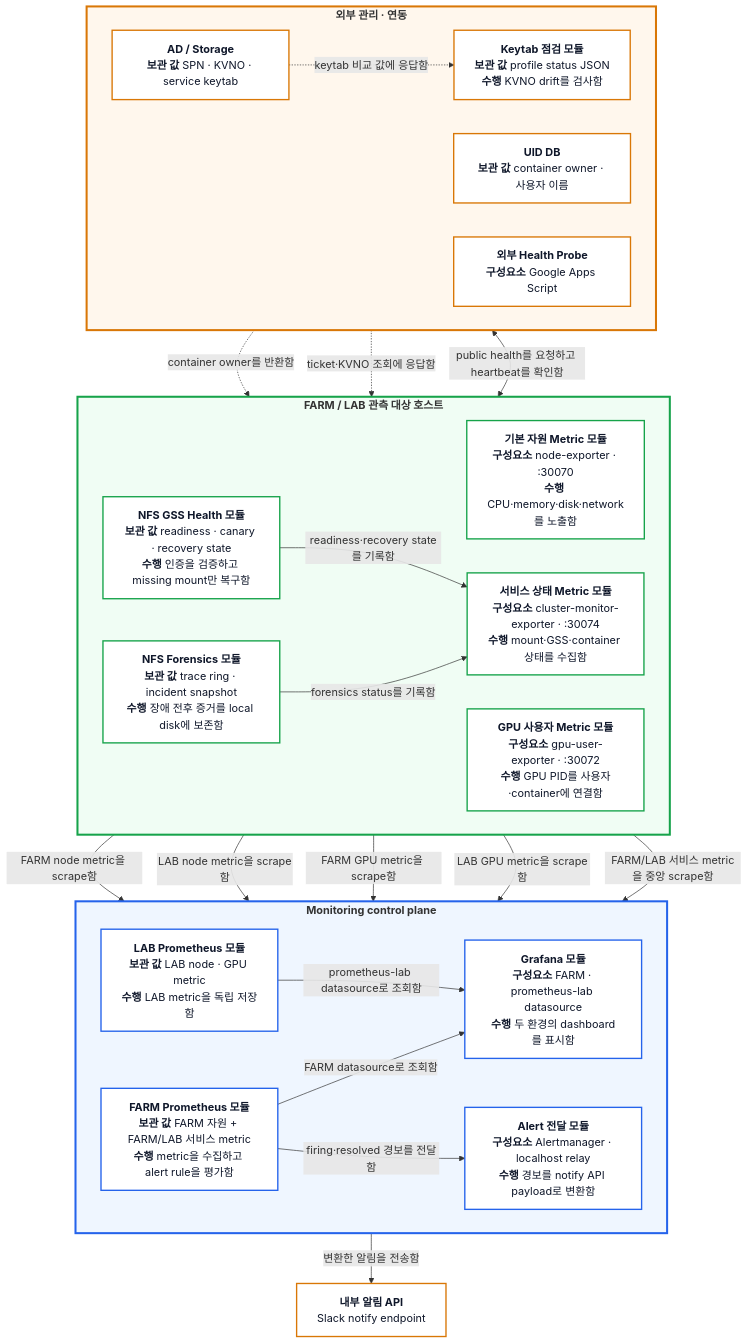
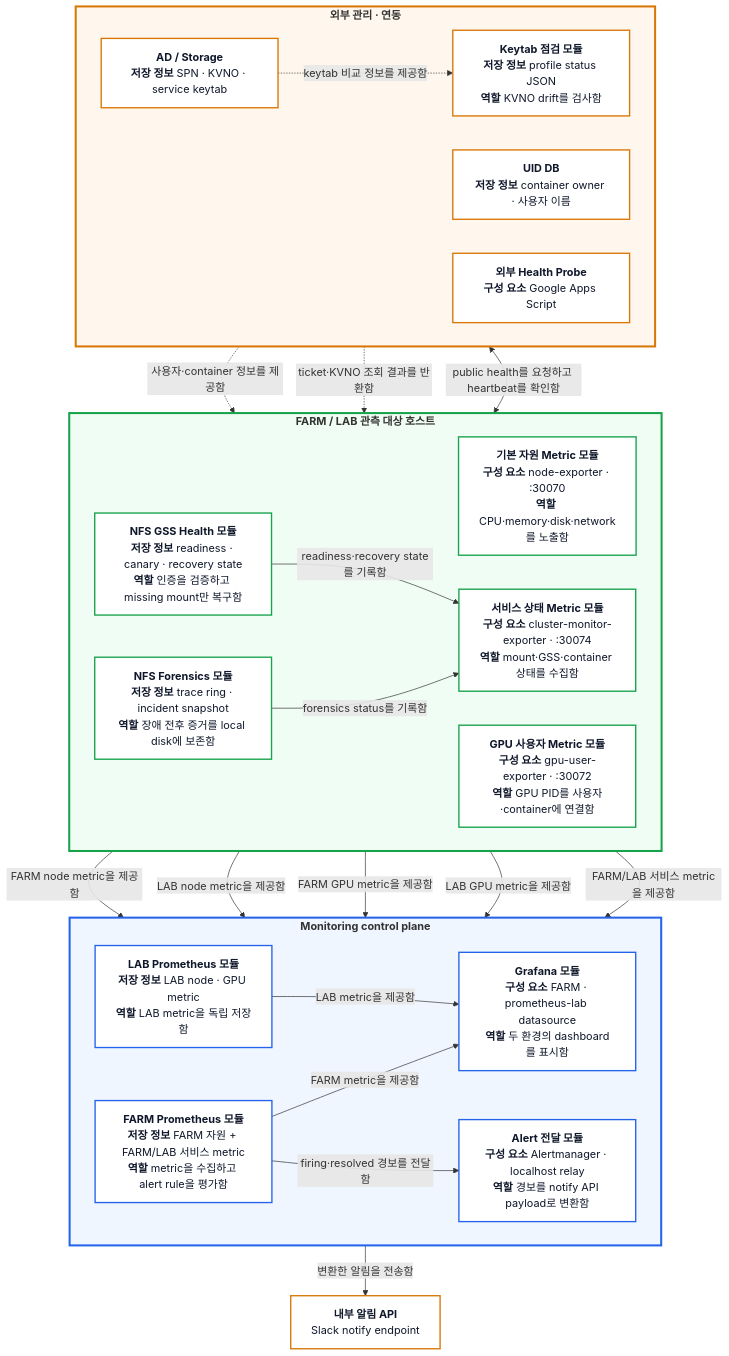
One commit to CSID-DGU/admin_wiki changed the first of 2 diagrams in md/system/monitoring/design.md. Above: the diagram before and after it, drawn with Mermaid. The commit also changed other lines of this file and 15 other files, not shown here.

````diff
--- a/md/system/monitoring/design.md
+++ b/md/system/monitoring/design.md
@@ -22,57 +22,57 @@
 ```mermaid
 flowchart TB
     subgraph EXTERNAL_ZONE["<b>외부 관리 · 연동</b>"]
         direction LR
-        KEY["<b>Keytab 점검 모듈</b><br/><b>보관 값</b> profile status JSON<br/><b>수행</b> KVNO drift를 검사함"]
-        DB["<b>UID DB</b><br/><b>보관 값</b> container owner · 사용자 이름"]
-        AD["<b>AD / Storage</b><br/><b>보관 값</b> SPN · KVNO · service keytab"]
-        EXT["<b>외부 Health Probe</b><br/><b>구성요소</b> Google Apps Script"]
+        KEY["<b>Keytab 점검 모듈</b><br/><b>저장 정보</b> profile status JSON<br/><b>역할</b> KVNO drift를 검사함"]
+        DB["<b>UID DB</b><br/><b>저장 정보</b> container owner · 사용자 이름"]
+        AD["<b>AD / Storage</b><br/><b>저장 정보</b> SPN · KVNO · service keytab"]
+        EXT["<b>외부 Health Probe</b><br/><b>구성 요소</b> Google Apps Script"]
     end
 
     subgraph HOST_ZONE["<b>FARM / LAB 관측 대상 호스트</b>"]
         direction LR
-        NODE["<b>기본 자원 Metric 모듈</b><br/><b>구성요소</b> node-exporter · :30070<br/><b>수행</b> CPU·memory·disk·network를 노출함"]
-        GPU["<b>GPU 사용자 Metric 모듈</b><br/><b>구성요소</b> gpu-user-exporter · :30072<br/><b>수행</b> GPU PID를 사용자·container에 연결함"]
-        CM["<b>서비스 상태 Metric 모듈</b><br/><b>구성요소</b> cluster-monitor-exporter · :30074<br/><b>수행</b> mount·GSS·container 상태를 수집함"]
-        GSS["<b>NFS GSS Health 모듈</b><br/><b>보관 값</b> readiness · canary · recovery state<br/><b>수행</b> 인증을 검증하고 missing mount만 복구함"]
-        FOR["<b>NFS Forensics 모듈</b><br/><b>보관 값</b> trace ring · incident snapshot<br/><b>수행</b> 장애 전후 증거를 local disk에 보존함"]
+        NODE["<b>기본 자원 Metric 모듈</b><br/><b>구성 요소</b> node-exporter · :30070<br/><b>역할</b> CPU·memory·disk·network를 노출함"]
+        GPU["<b>GPU 사용자 Metric 모듈</b><br/><b>구성 요소</b> gpu-user-exporter · :30072<br/><b>역할</b> GPU PID를 사용자·container에 연결함"]
+        CM["<b>서비스 상태 Metric 모듈</b><br/><b>구성 요소</b> cluster-monitor-exporter · :30074<br/><b>역할</b> mount·GSS·container 상태를 수집함"]
+        GSS["<b>NFS GSS Health 모듈</b><br/><b>저장 정보</b> readiness · canary · recovery state<br/><b>역할</b> 인증을 검증하고 missing mount만 복구함"]
+        FOR["<b>NFS Forensics 모듈</b><br/><b>저장 정보</b> trace ring · incident snapshot<br/><b>역할</b> 장애 전후 증거를 local disk에 보존함"]
     end
 
     subgraph MONITORING_ZONE["<b>Monitoring control plane</b>"]
         direction LR
-        PF["<b>FARM Prometheus 모듈</b><br/><b>보관 값</b> FARM 자원 + FARM/LAB 서비스 metric<br/><b>수행</b> metric을 수집하고 alert rule을 평가함"]
-        PL["<b>LAB Prometheus 모듈</b><br/><b>보관 값</b> LAB node · GPU metric<br/><b>수행</b> LAB metric을 독립 저장함"]
-        GRAF["<b>Grafana 모듈</b><br/><b>구성요소</b> FARM · prometheus-lab datasource<br/><b>수행</b> 두 환경의 dashboard를 표시함"]
-        ALERT["<b>Alert 전달 모듈</b><br/><b>구성요소</b> Alertmanager · localhost relay<br/><b>수행</b> 경보를 notify API payload로 변환함"]
+        PF["<b>FARM Prometheus 모듈</b><br/><b>저장 정보</b> FARM 자원 + FARM/LAB 서비스 metric<br/><b>역할</b> metric을 수집하고 alert rule을 평가함"]
+        PL["<b>LAB Prometheus 모듈</b><br/><b>저장 정보</b> LAB node · GPU metric<br/><b>역할</b> LAB metric을 독립 저장함"]
+        GRAF["<b>Grafana 모듈</b><br/><b>구성 요소</b> FARM · prometheus-lab datasource<br/><b>역할</b> 두 환경의 dashboard를 표시함"]
+        ALERT["<b>Alert 전달 모듈</b><br/><b>구성 요소</b> Alertmanager · localhost relay<br/><b>역할</b> 경보를 notify API payload로 변환함"]
     end
 
     API["<b>내부 알림 API</b><br/>Slack notify endpoint"]
 
-    DB -.->|"container owner를 반환함"| GPU
-    AD -.->|"ticket·KVNO 조회에 응답함"| GSS
-    AD -.->|"keytab 비교 값에 응답함"| KEY
+    DB -.->|"사용자·container 정보를 제공함"| GPU
+    AD -.->|"ticket·KVNO 조회 결과를 반환함"| GSS
+    AD -.->|"keytab 비교 정보를 제공함"| KEY
     EXT <-->|"public health를 요청하고 heartbeat를 확인함"| CM
     GSS -->|"readiness·recovery state를 기록함"| CM
     FOR -->|"forensics status를 기록함"| CM
 
-    NODE -->|"FARM node metric을 scrape함"| PF
-    NODE -->|"LAB node metric을 scrape함"| PL
-    GPU -->|"FARM GPU metric을 scrape함"| PF
-    GPU -->|"LAB GPU metric을 scrape함"| PL
-    CM -->|"FARM/LAB 서비스 metric을 중앙 scrape함"| PF
-    PF -->|"FARM datasource로 조회함"| GRAF
-    PL -->|"prometheus-lab datasource로 조회함"| GRAF
+    NODE -->|"FARM node metric을 제공함"| PF
+    NODE -->|"LAB node metric을 제공함"| PL
+    GPU -->|"FARM GPU metric을 제공함"| PF
+    GPU -->|"LAB GPU metric을 제공함"| PL
+    CM -->|"FARM/LAB 서비스 metric을 제공함"| PF
+    PF -->|"FARM metric을 제공함"| GRAF
+    PL -->|"LAB metric을 제공함"| GRAF
     PF -->|"firing·resolved 경보를 전달함"| ALERT
     ALERT -->|"변환한 알림을 전송함"| API
 
     classDef host fill:#ffffff,stroke:#16a34a,stroke-width:2px,color:#0f172a
     classDef monitoring fill:#ffffff,stroke:#2563eb,stroke-width:2px,color:#0f172a
     classDef external fill:#ffffff,stroke:#d97706,stroke-width:2px,color:#0f172a
     class NODE,GPU,CM,GSS,FOR host
     class PF,PL,GRAF,ALERT monitoring
     class KEY,DB,AD,EXT,API external
 
     style HOST_ZONE fill:#f0fdf4,stroke:#16a34a,stroke-width:3px
     style MONITORING_ZONE fill:#eff6ff,stroke:#2563eb,stroke-width:3px
     style EXTERNAL_ZONE fill:#fff7ed,stroke:#d97706,stroke-width:3px
 ```
````
